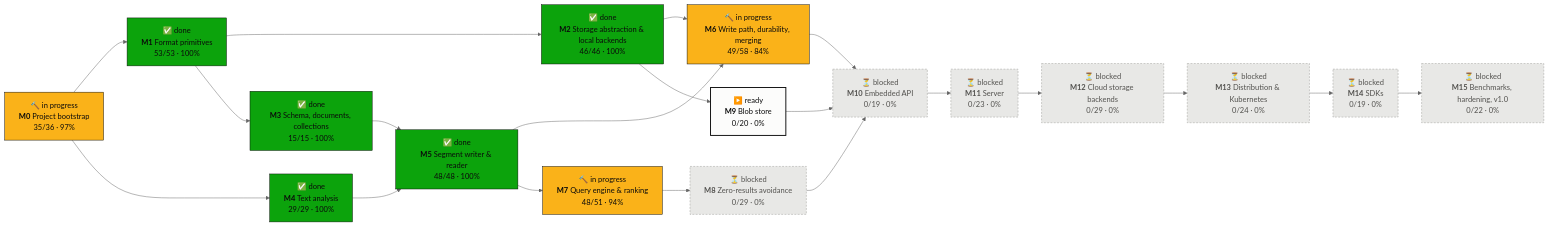
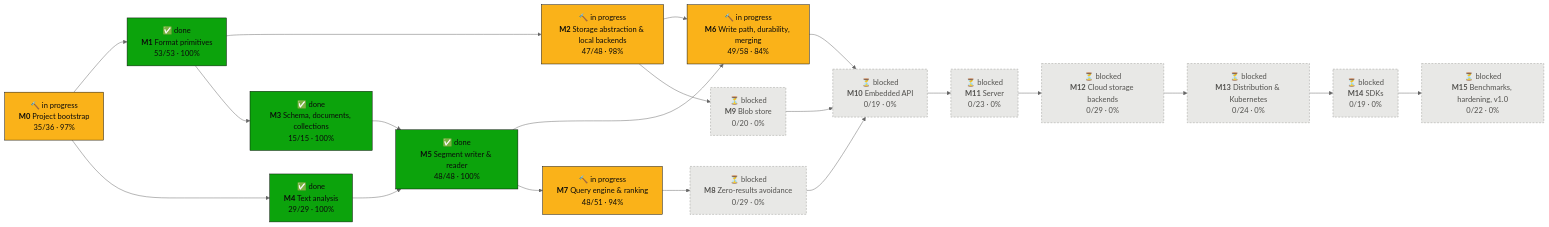
The first of 2 diagrams in PROGRESS.md (tomiok/persiaDB), drawn with Mermaid (neutral theme) before and after one commit. The commit also changed other lines of this file and 10 other files, not shown here.

First line of the commit message:
fix(storage): unlock a kept temporary file before closing it (ROADMAP 2.3.11) (#74)

````diff
--- a/PROGRESS.md
+++ b/PROGRESS.md
@@ -16,42 +16,42 @@
 ```mermaid
 flowchart LR
   M0["🔨 in progress<br/><b>M0</b> Project bootstrap<br/>35/36 · 97%"]:::doing
   M1["✅ done<br/><b>M1</b> Format primitives<br/>53/53 · 100%"]:::done
-  M2["✅ done<br/><b>M2</b> Storage abstraction & local backends<br/>46/46 · 100%"]:::done
+  M2["🔨 in progress<br/><b>M2</b> Storage abstraction & local backends<br/>47/48 · 98%"]:::doing
   M3["✅ done<br/><b>M3</b> Schema, documents, collections<br/>15/15 · 100%"]:::done
   M4["✅ done<br/><b>M4</b> Text analysis<br/>29/29 · 100%"]:::done
   M5["✅ done<br/><b>M5</b> Segment writer & reader<br/>48/48 · 100%"]:::done
   M6["🔨 in progress<br/><b>M6</b> Write path, durability, merging<br/>49/58 · 84%"]:::doing
   M7["🔨 in progress<br/><b>M7</b> Query engine & ranking<br/>48/51 · 94%"]:::doing
   M8["⏳ blocked<br/><b>M8</b> Zero-results avoidance<br/>0/29 · 0%"]:::blocked
-  M9["▶️ ready<br/><b>M9</b> Blob store<br/>0/20 · 0%"]:::ready
+  M9["⏳ blocked<br/><b>M9</b> Blob store<br/>0/20 · 0%"]:::blocked
   M10["⏳ blocked<br/><b>M10</b> Embedded API<br/>0/19 · 0%"]:::blocked
   M11["⏳ blocked<br/><b>M11</b> Server<br/>0/23 · 0%"]:::blocked
   M12["⏳ blocked<br/><b>M12</b> Cloud storage backends<br/>0/29 · 0%"]:::blocked
   M13["⏳ blocked<br/><b>M13</b> Distribution & Kubernetes<br/>0/24 · 0%"]:::blocked
   M14["⏳ blocked<br/><b>M14</b> SDKs<br/>0/19 · 0%"]:::blocked
   M15["⏳ blocked<br/><b>M15</b> Benchmarks, hardening, v1.0<br/>0/22 · 0%"]:::blocked
   M0 --> M1
   M1 --> M2
   M1 --> M3
   M0 --> M4
   M3 --> M5
   M4 --> M5
   M2 --> M6
   M5 --> M6
   M5 --> M7
   M7 --> M8
   M2 --> M9
   M6 --> M10
   M8 --> M10
   M9 --> M10
   M10 --> M11
   M11 --> M12
   M12 --> M13
   M13 --> M14
   M14 --> M15
   classDef done fill:#0ca30c,stroke:#0b0b0b,color:#0b0b0b
   classDef doing fill:#fab219,stroke:#0b0b0b,color:#0b0b0b
   classDef ready fill:#fcfcfb,stroke:#0b0b0b,stroke-width:2px,color:#0b0b0b
   classDef blocked fill:#e8e8e6,stroke:#9a9a96,stroke-dasharray:4 3,color:#52514e
 ```
````
